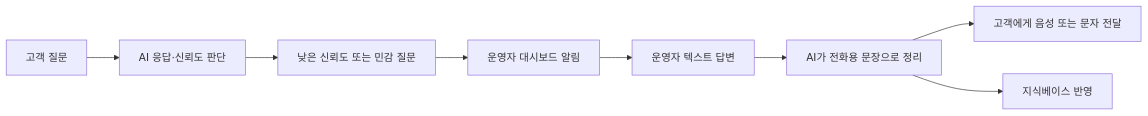
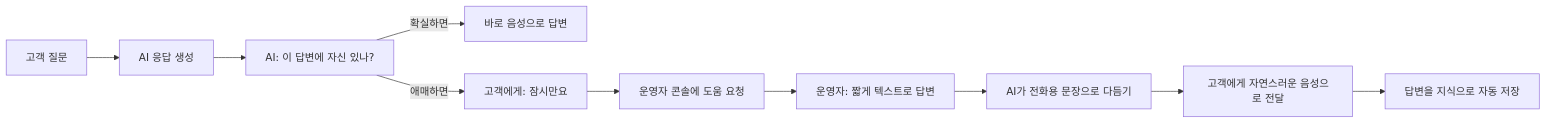
The fourth of 4 diagrams in docs/presentation/PROJECT_BRIEF.md (hak023/agentic_ai_callbot), drawn with Mermaid before and after one commit. The commit also changed other lines of this file, not shown here.

````diff
--- a/docs/presentation/PROJECT_BRIEF.md
+++ b/docs/presentation/PROJECT_BRIEF.md
@@ -215,10 +217,12 @@
 ```mermaid
 flowchart LR
-    Question["고객 질문"] --> AI["AI 응답·신뢰도 판단"]
-    AI --> Low["낮은 신뢰도 또는 민감 질문"]
-    Low --> Panel["운영자 대시보드 알림"]
-    Panel --> Reply["운영자 텍스트 답변"]
-    Reply --> Format["AI가 전화용 문장으로 정리"]
-    Format --> TTS["고객에게 음성 또는 문자 전달"]
-    Format --> KB["지식베이스 반영"]
+    Q["고객 질문"] --> A["AI 응답 생성"]
+    A --> Conf["AI: 이 답변에 자신 있나?"]
+    Conf -->|"확실하면"| Speak["바로 음성으로 답변"]
+    Conf -->|"애매하면"| Wait["고객에게: 잠시만요"]
+    Wait --> Panel["운영자 콘솔에 도움 요청"]
+    Panel --> Operator["운영자: 짧게 텍스트로 답변"]
+    Operator --> Format["AI가 전화용 문장으로 다듬기"]
+    Format --> Speak2["고객에게 자연스러운 음성으로 전달"]
+    Speak2 --> Save["답변을 지식으로 자동 저장"]
 ```
````
